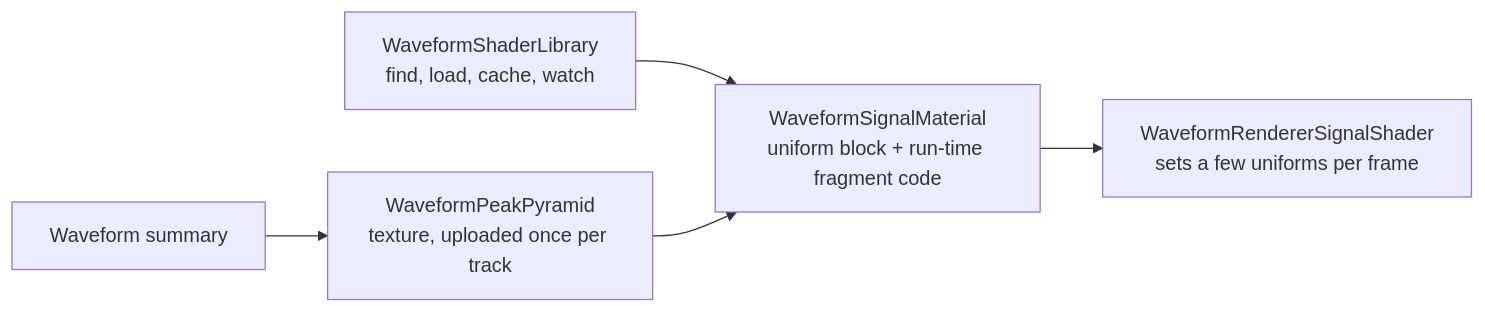
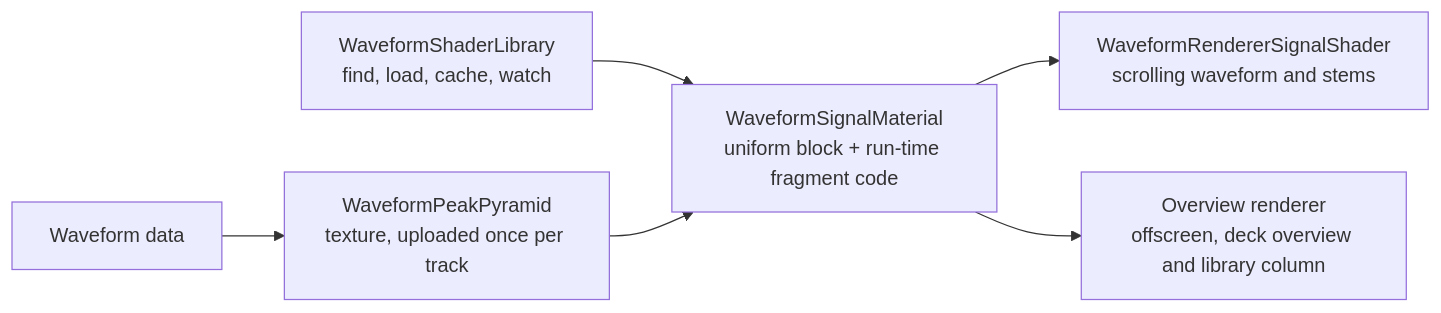
The diagram in proposals/2026-11-19_waveform_shader_packages.md (mixxxdj/proposals), drawn with Mermaid before and after one commit. The commit also changed other lines of this file, not shown here.

````diff
--- a/proposals/2026-11-19_waveform_shader_packages.md
+++ b/proposals/2026-11-19_waveform_shader_packages.md
@@ -89,7 +101,8 @@
 ```mermaid
 flowchart LR
-    W[Waveform summary] --> P[WaveformPeakPyramid<br/>texture, uploaded once per track]
+    W[Waveform data] --> P[WaveformPeakPyramid<br/>texture, uploaded once per track]
     L[WaveformShaderLibrary<br/>find, load, cache, watch] --> M
     P --> M[WaveformSignalMaterial<br/>uniform block + run-time fragment code]
-    M --> R[WaveformRendererSignalShader<br/>sets a few uniforms per frame]
+    M --> R[WaveformRendererSignalShader<br/>scrolling waveform and stems]
+    M --> O[Overview renderer<br/>offscreen, deck overview and library column]
 ```
````
